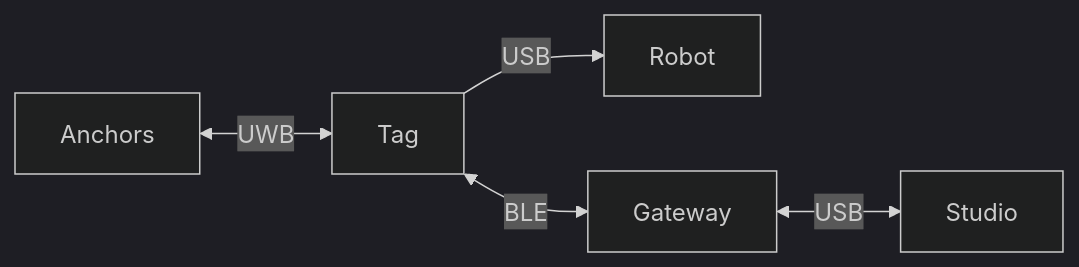
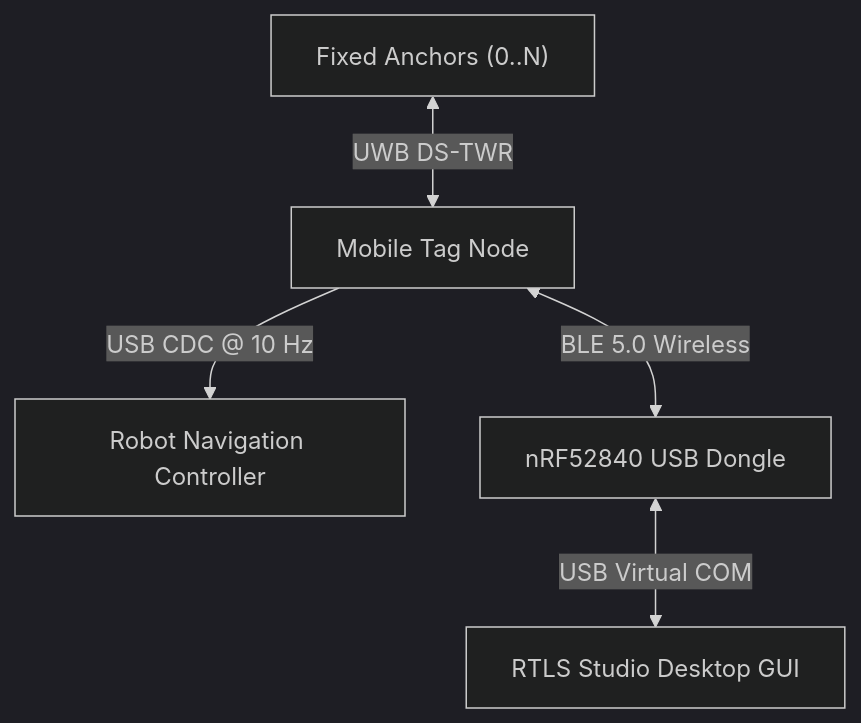
One commit to phuongmt08/uwb-rtls changed the first of 2 diagrams in README.md. Above: the diagram before and after it, drawn with Mermaid (dark theme). The commit also changed other lines of this file and 7 other files, not shown here.

Commit message:
docs: remove github pages deployment config and adjust mermaid diagram layouts

````diff
--- a/README.md
+++ b/README.md
@@ -44,7 +43,7 @@
 ```mermaid
-flowchart LR
-    Anchors <-->|UWB| Tag
-    Tag -->|USB| Robot
-    Tag <-->|BLE| Gateway
-    Gateway <-->|USB| Studio
+flowchart TD
+    Anchors["Fixed Anchors (0..N)"] <-->|UWB DS-TWR| Tag["Mobile Tag Node"]
+    Tag -->|USB CDC @ 10 Hz| Robot["Robot Navigation Controller"]
+    Tag <-->|BLE 5.0 Wireless| Gateway["nRF52840 USB Dongle"]
+    Gateway <-->|USB Virtual COM| Studio["RTLS Studio Desktop GUI"]
 ```
````
